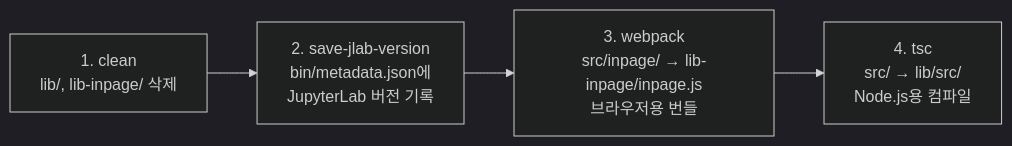
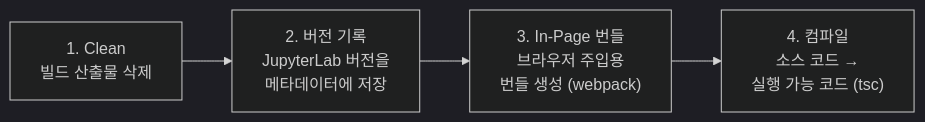
The sixth of 7 diagrams in docs/galata-technical-overview.md (lks21c/galata), drawn with Mermaid (dark theme) before and after one commit. The commit also changed other lines of this file, not shown here.

````diff
--- a/docs/galata-technical-overview.md
+++ b/docs/galata-technical-overview.md
@@ -310,6 +252,6 @@
 ```mermaid
 flowchart LR
-    A["1. clean\nlib/, lib-inpage/ 삭제"] --> B["2. save-jlab-version\nbin/metadata.json에\nJupyterLab 버전 기록"]
-    B --> C["3. webpack\nsrc/inpage/ → lib-inpage/inpage.js\n브라우저용 번들"]
-    C --> D["4. tsc\nsrc/ → lib/src/\nNode.js용 컴파일"]
+    A["1. Clean<br/>빌드 산출물 삭제"] --> B["2. 버전 기록<br/>JupyterLab 버전을<br/>메타데이터에 저장"]
+    B --> C["3. In-Page 번들<br/>브라우저 주입용<br/>번들 생성 (webpack)"]
+    C --> D["4. 컴파일<br/>소스 코드 →<br/>실행 가능 코드 (tsc)"]
 ```
````
